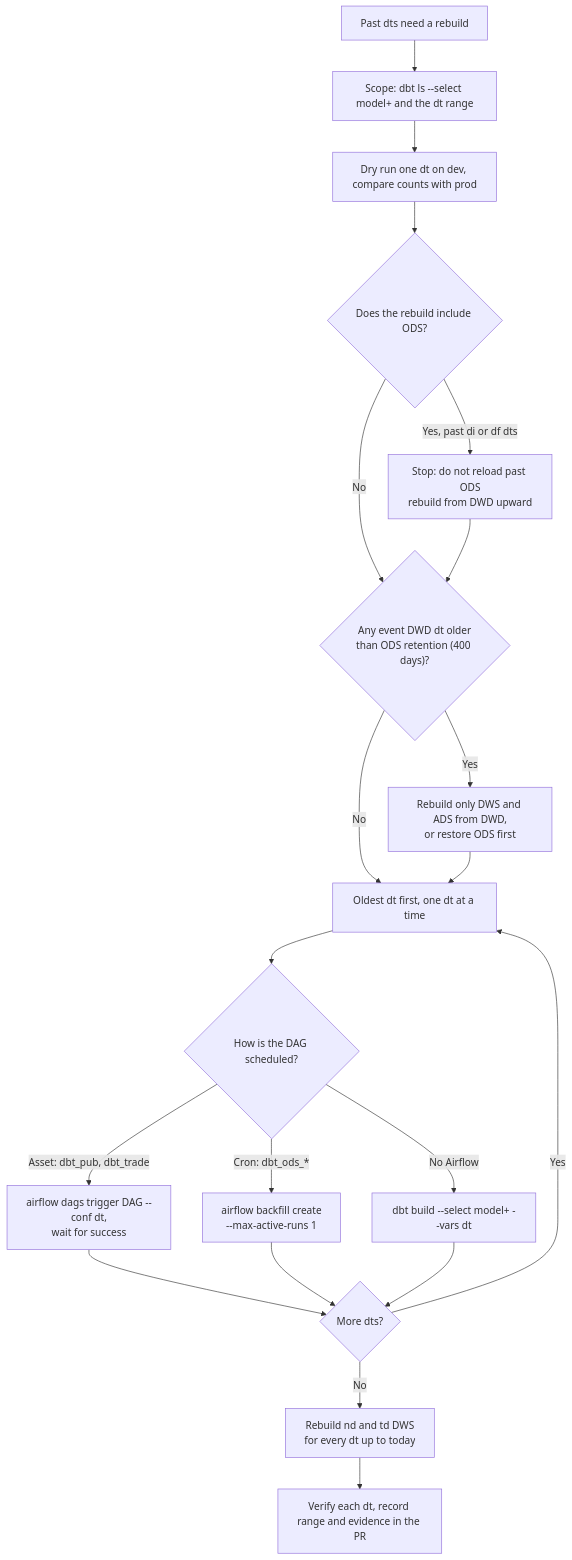
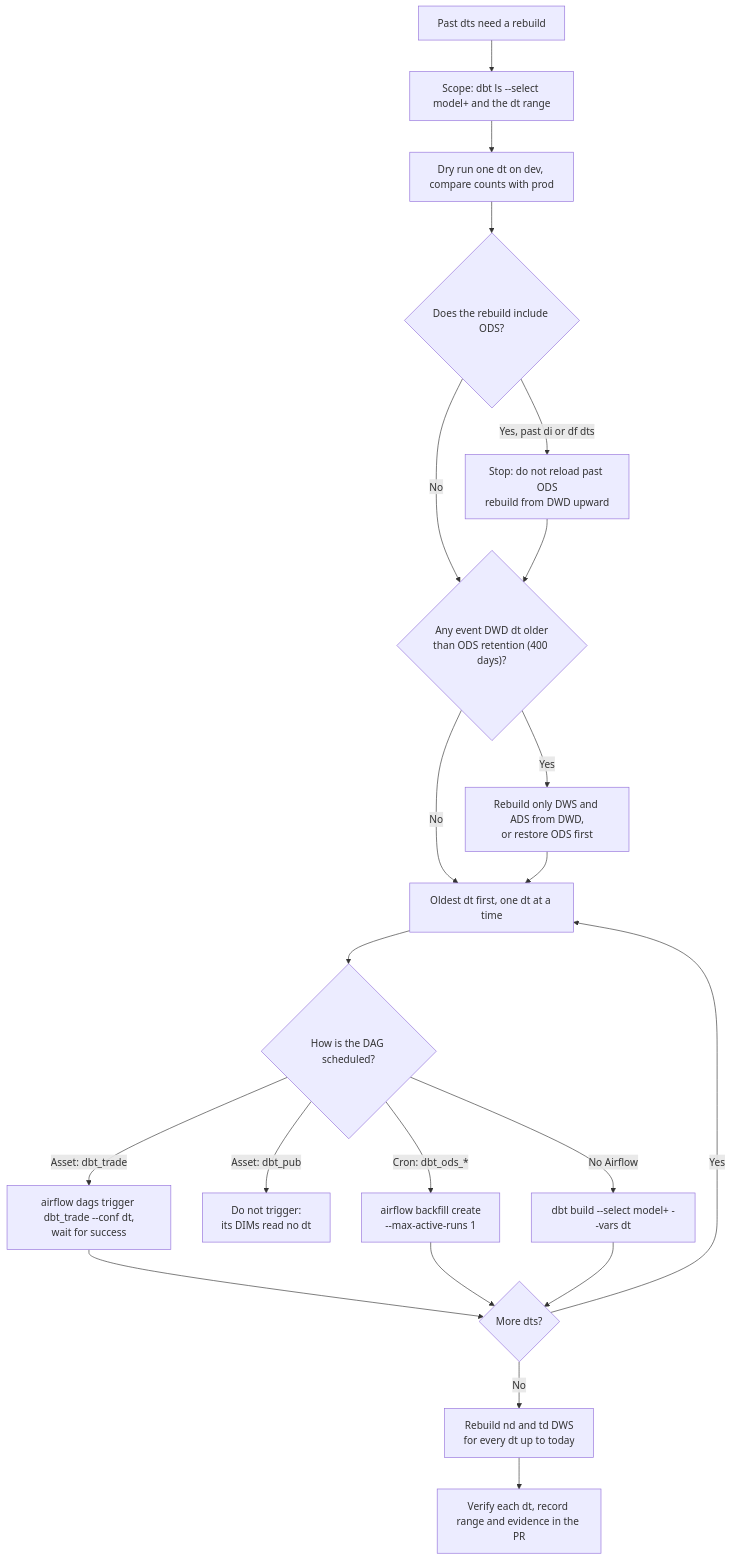
The sixth of 6 diagrams in docs/en/guides/data-model-development.md (egret-data/example-dwh), drawn with Mermaid before and after one commit. The commit also changed other lines of this file and 26 other files, not shown here.

````diff
--- a/docs/en/guides/data-model-development.md
+++ b/docs/en/guides/data-model-development.md
@@ -535,22 +536,23 @@
 ```mermaid
 flowchart TD
     A["Past dts need a rebuild"] --> B["Scope: dbt ls --select model+ and the dt range"]
     B --> C["Dry run one dt on dev, compare counts with prod"]
     C --> D{"Does the rebuild include ODS?"}
     D -->|"Yes, past di or df dts"| E["Stop: do not reload past ODS<br/>rebuild from DWD upward"]
     D -->|"No"| F{"Any event DWD dt older<br/>than ODS retention (400 days)?"}
     E --> F
     F -->|"Yes"| G["Rebuild only DWS and ADS from DWD,<br/>or restore ODS first"]
     F -->|"No"| H["Oldest dt first, one dt at a time"]
     G --> H
     H --> I{"How is the DAG scheduled?"}
-    I -->|"Asset: dbt_pub, dbt_trade"| J["airflow dags trigger DAG --conf dt,<br/>wait for success"]
+    I -->|"Asset: dbt_trade"| J["airflow dags trigger dbt_trade --conf dt,<br/>wait for success"]
+    I -->|"Asset: dbt_pub"| P["Do not trigger:<br/>its DIMs read no dt"]
     I -->|"Cron: dbt_ods_*"| K["airflow backfill create<br/>--max-active-runs 1"]
     I -->|"No Airflow"| L["dbt build --select model+ --vars dt"]
     J --> M{"More dts?"}
     K --> M
     L --> M
     M -->|"Yes"| H
     M -->|"No"| N["Rebuild nd and td DWS<br/>for every dt up to today"]
     N --> O["Verify each dt, record range and evidence in the PR"]
 ```
````
